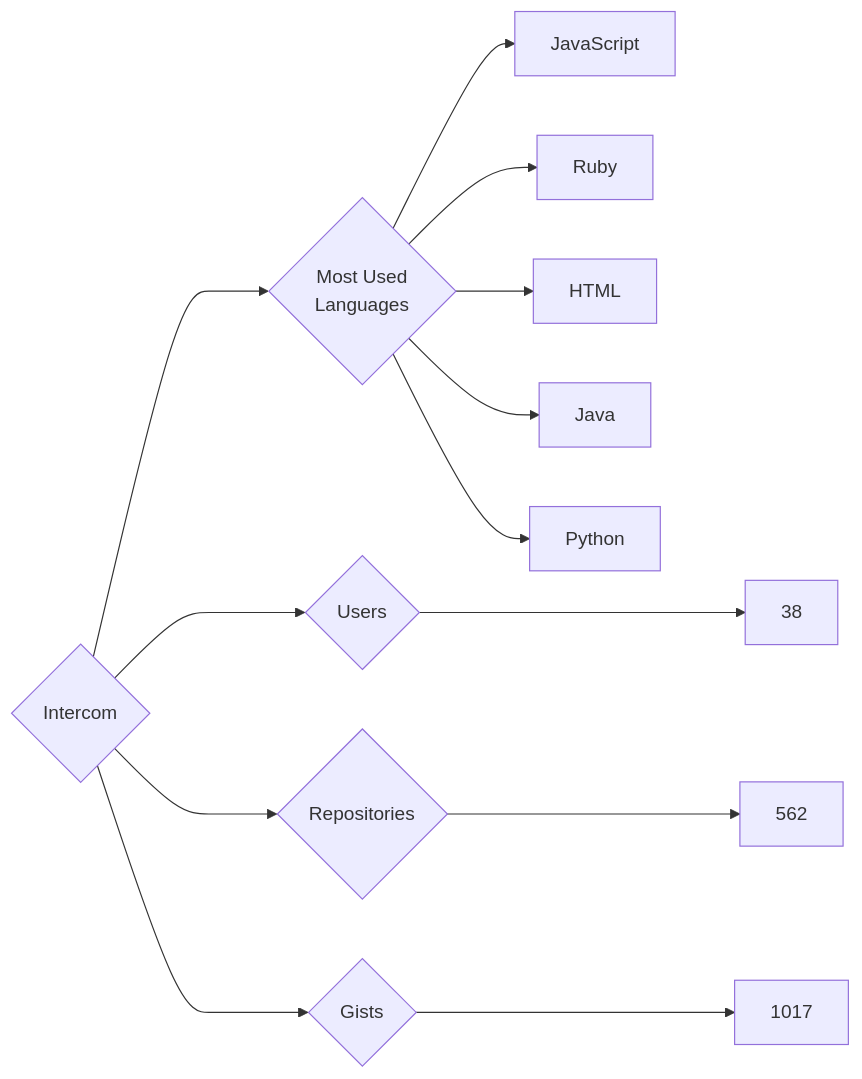
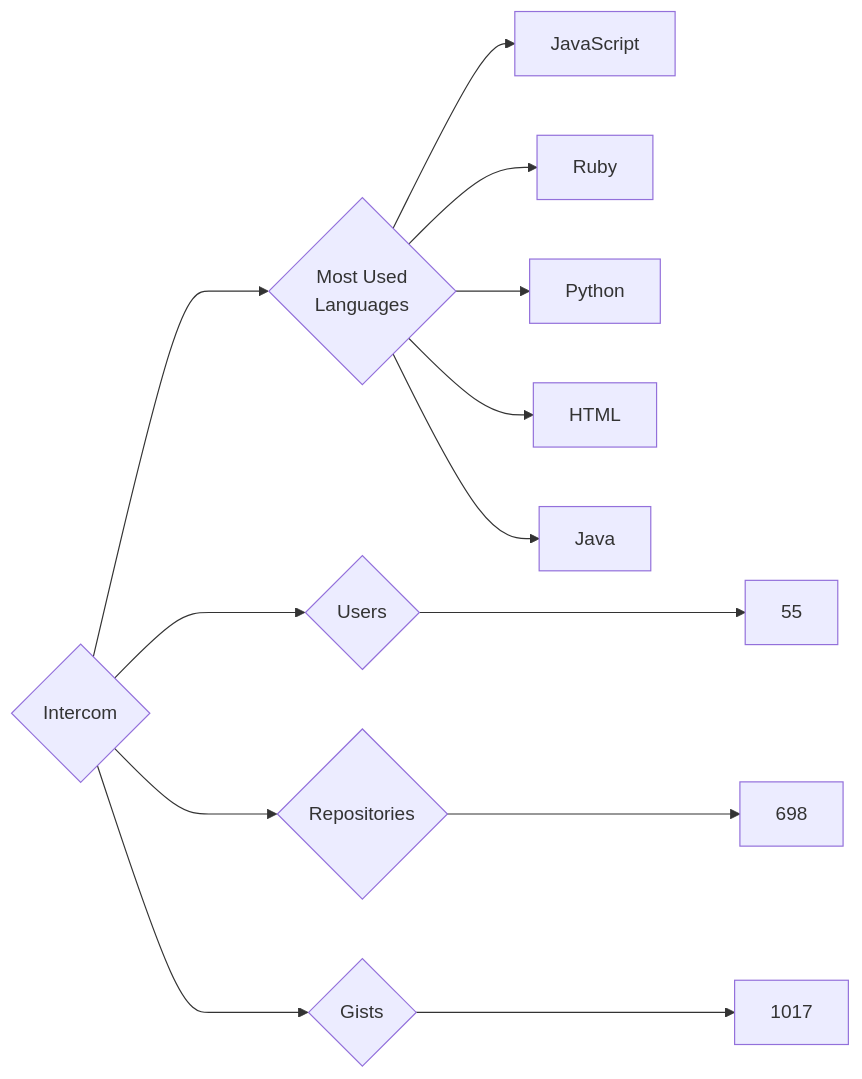
One commit to trickest/insiders changed the diagram in targets/Intercom/README.md. Above: the diagram before and after it, drawn with Mermaid. The commit also changed 715 other files, not shown here.

````diff
--- a/targets/Intercom/README.md
+++ b/targets/Intercom/README.md
@@ -3,13 +3,13 @@
 ```mermaid
 graph LR
 COMPANY_NAME{Intercom}
-COMPANY_NAME ---> U{Users} ---> UN[38]
-COMPANY_NAME ---> R{Repositories} ---> RN[562]
+COMPANY_NAME ---> U{Users} ---> UN[55]
+COMPANY_NAME ---> R{Repositories} ---> RN[698]
 COMPANY_NAME ---> G{Gists} ---> GN[1017]
 COMPANY_NAME ---> ML{Most Used<br>Languages}
 ML --> JavaScript[JavaScript]
 ML --> Ruby[Ruby]
+ML --> Python[Python]
 ML --> HTML[HTML]
 ML --> Java[Java]
-ML --> Python[Python]
 ```
````
